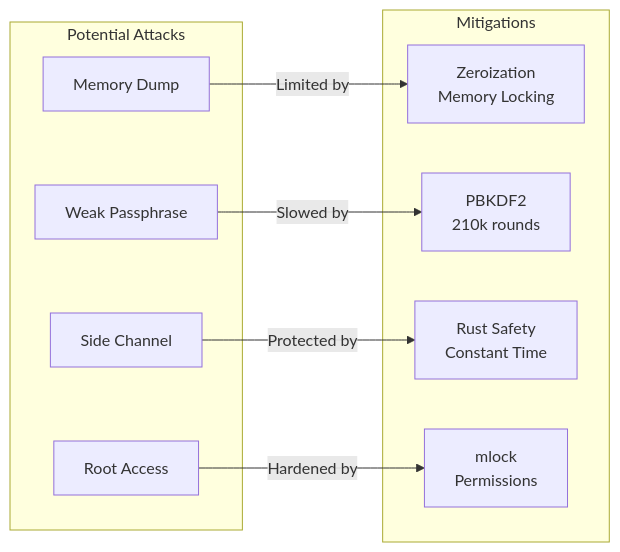
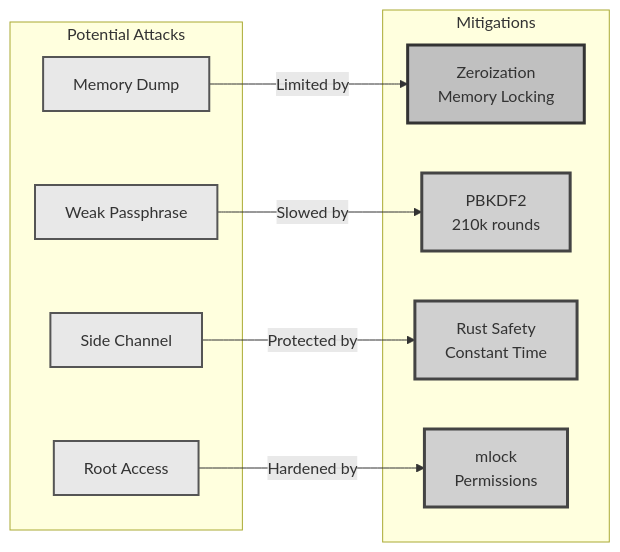
Before and after one commit to ehanoc/softKMS: the tenth of 10 diagrams in docs/SECURITY_MODEL.md, drawn with Mermaid. The commit also changed other lines of this file and 3 other files, not shown here.

First line of the commit message:
docs: Standardize all Mermaid diagrams with muted grayscale colors

````diff
--- a/docs/SECURITY_MODEL.md
+++ b/docs/SECURITY_MODEL.md
@@ -405,21 +427,30 @@
 ```mermaid
 flowchart LR
     subgraph Attacks["Potential Attacks"]
         A1[Memory Dump]
         A2[Weak Passphrase]
         A3[Side Channel]
         A4[Root Access]
     end
     
     subgraph Mitigations["Mitigations"]
         M1[Zeroization\nMemory Locking]
         M2[PBKDF2\n210k rounds]
         M3[Rust Safety\nConstant Time]
         M4[mlock\nPermissions]
     end
     
     A1 -->|"Limited by"| M1
     A2 -->|"Slowed by"| M2
     A3 -->|"Protected by"| M3
     A4 -->|"Hardened by"| M4
+    
+    style A1 fill:#e8e8e8,stroke:#555,stroke-width:2px
+    style A2 fill:#e8e8e8,stroke:#555,stroke-width:2px
+    style A3 fill:#e8e8e8,stroke:#555,stroke-width:2px
+    style A4 fill:#e8e8e8,stroke:#555,stroke-width:2px
+    style M1 fill:#c0c0c0,stroke:#333,stroke-width:3px
+    style M2 fill:#d0d0d0,stroke:#444,stroke-width:3px
+    style M3 fill:#d0d0d0,stroke:#444,stroke-width:3px
+    style M4 fill:#d0d0d0,stroke:#444,stroke-width:3px
 ```
````
